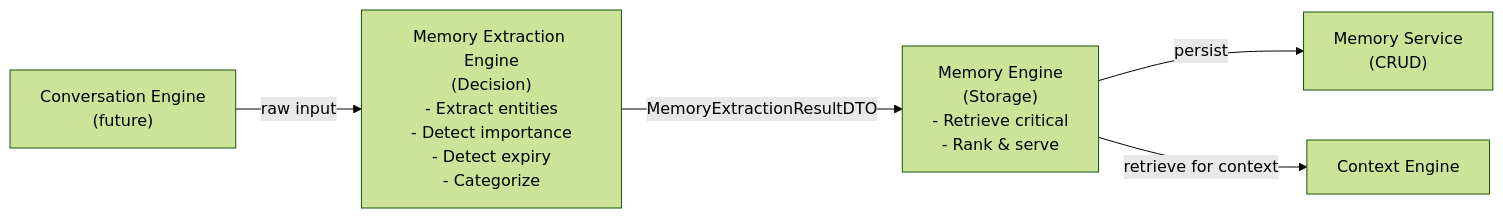
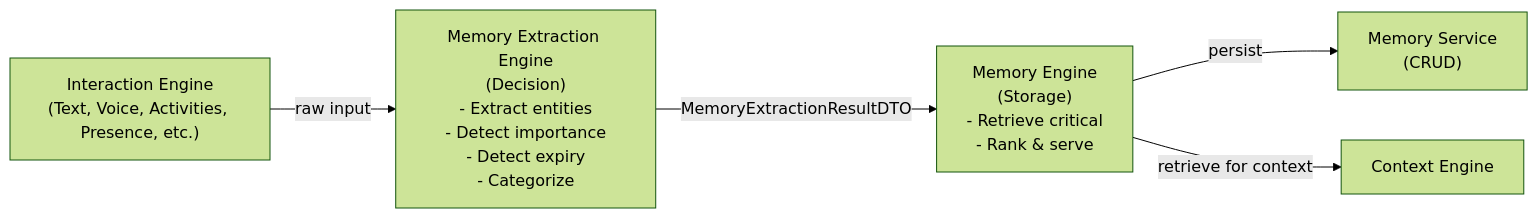
One commit to shubhamagar123/featherlite changed the second of 2 diagrams in src/engines/README.md. Above: the diagram before and after it, drawn with Mermaid (forest theme). The commit also changed other lines of this file and 26 other files, not shown here.

````diff
--- a/src/engines/README.md
+++ b/src/engines/README.md
@@ -71,12 +72,12 @@
 ```mermaid
 flowchart LR
-    CVE["Conversation Engine<br/>(future)"]
+    IE["Interaction Engine<br/>(Text, Voice, Activities, Presence, etc.)"]
     MEE["Memory Extraction Engine<br/>(Decision)<br/>- Extract entities<br/>- Detect importance<br/>- Detect expiry<br/>- Categorize"]
     ME["Memory Engine<br/>(Storage)<br/>- Retrieve critical<br/>- Rank & serve"]
     MS["Memory Service<br/>(CRUD)"]
 
-    CVE -->|"raw input"| MEE
+    IE -->|"raw input"| MEE
     MEE -->|"MemoryExtractionResultDTO"| ME
     ME -->|"persist"| MS
     ME -->|"retrieve for context"| CTX["Context Engine"]
 ```
````
